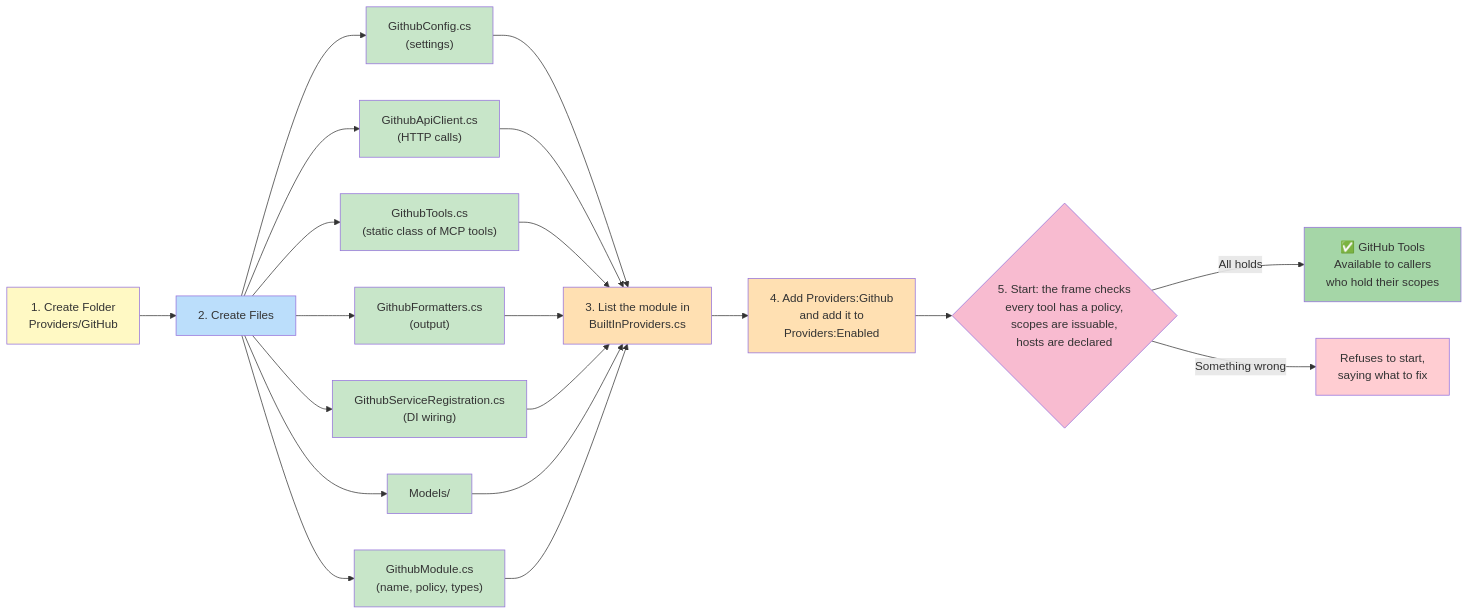
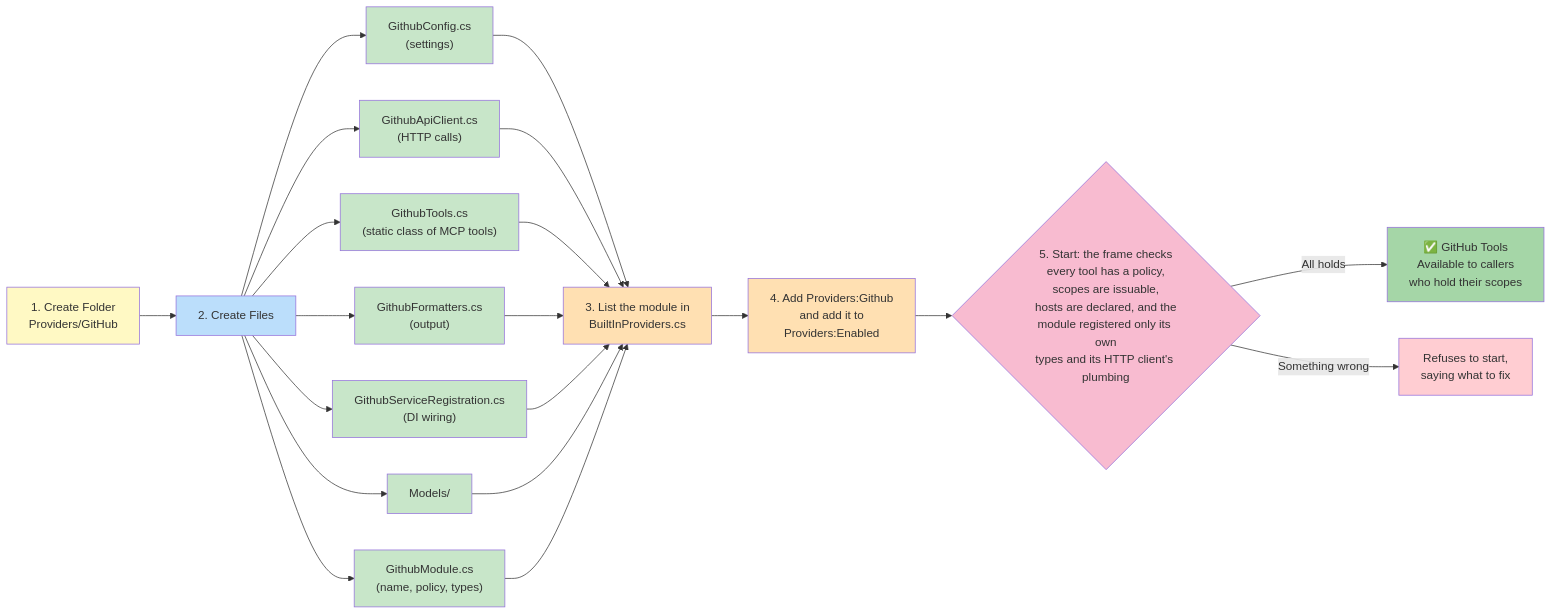
One commit to oskarc/MCPExtensibleTemplate changed the tenth of 10 diagrams in docs/02-ARCHITECTURE-FLOWCHARTS.md. Above: the diagram before and after it, drawn with Mermaid. The commit also changed other lines of this file and 14 other files, not shown here.

````diff
--- a/docs/02-ARCHITECTURE-FLOWCHARTS.md
+++ b/docs/02-ARCHITECTURE-FLOWCHARTS.md
@@ -408,42 +408,42 @@
 ```mermaid
 graph LR
     A["1. Create Folder<br/>Providers/GitHub"] --> B["2. Create Files"]
 
     B --> B1["GithubConfig.cs<br/>(settings)"]
     B --> B2["GithubApiClient.cs<br/>(HTTP calls)"]
     B --> B3["GithubTools.cs<br/>(static class of MCP tools)"]
     B --> B4["GithubFormatters.cs<br/>(output)"]
     B --> B5["GithubServiceRegistration.cs<br/>(DI wiring)"]
     B --> B7["GithubModule.cs<br/>(name, policy, types)"]
     B --> B6["Models/"]
 
     B1 --> C["3. List the module in<br/>BuiltInProviders.cs"]
     B2 --> C
     B3 --> C
     B4 --> C
     B5 --> C
     B6 --> C
     B7 --> C
 
     C --> D["4. Add Providers:Github<br/>and add it to<br/>Providers:Enabled"]
 
-    D --> E{"5. Start: the frame checks<br/>every tool has a policy,<br/>scopes are issuable,<br/>hosts are declared"}
+    D --> E{"5. Start: the frame checks<br/>every tool has a policy,<br/>scopes are issuable,<br/>hosts are declared, and the<br/>module registered only its own<br/>types and its HTTP client's plumbing"}
 
     E -->|All holds| F["✅ GitHub Tools<br/>Available to callers<br/>who hold their scopes"]
     E -->|Something wrong| G["Refuses to start,<br/>saying what to fix"]
 
     style A fill:#fff9c4
     style B fill:#bbdefb
     style B1 fill:#c8e6c9
     style B2 fill:#c8e6c9
     style B3 fill:#c8e6c9
     style B4 fill:#c8e6c9
     style B5 fill:#c8e6c9
     style B6 fill:#c8e6c9
     style B7 fill:#c8e6c9
     style C fill:#ffe0b2
     style D fill:#ffe0b2
     style E fill:#f8bbd0
     style F fill:#a5d6a7
     style G fill:#ffcdd2
 ```
````
